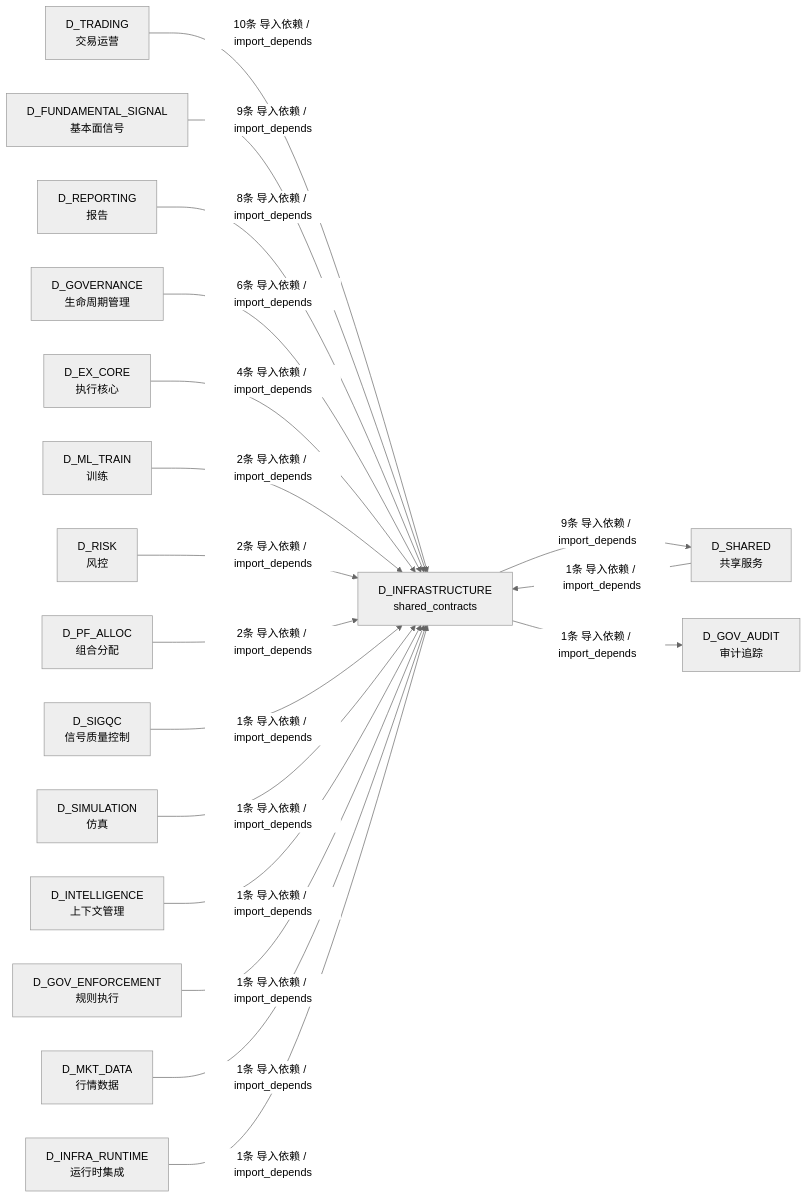
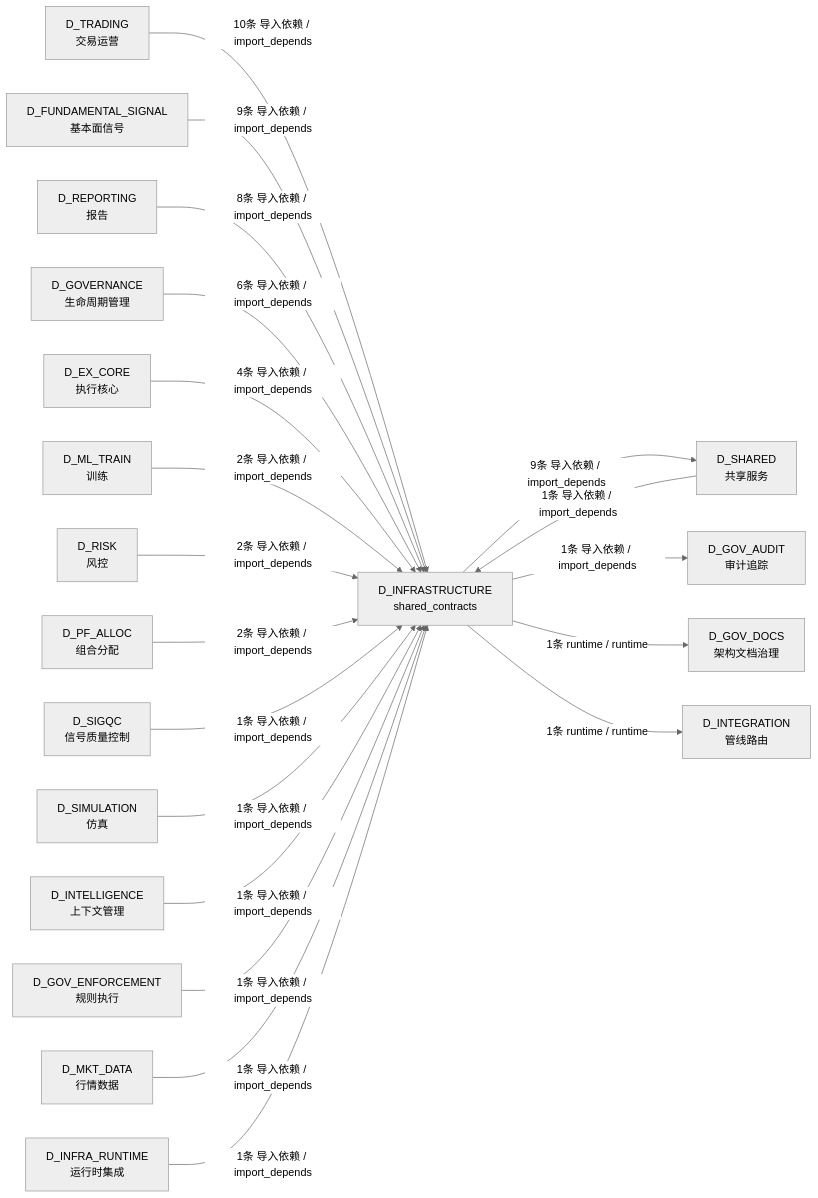
The fourth of 4 diagrams in docs/02_enterprise_architecture/02_domain_architecture_docs/62_d_infrastructure.md (xuanFelixVan/ZephyrAlpha), drawn with Mermaid (neutral theme) before and after one commit. The commit also changed other lines of this file and 80 other files, not shown here.

````diff
--- a/docs/02_enterprise_architecture/02_domain_architecture_docs/62_d_infrastructure.md
+++ b/docs/02_enterprise_architecture/02_domain_architecture_docs/62_d_infrastructure.md
@@ -361,37 +371,41 @@
 ```mermaid
 graph LR
     D_INFRASTRUCTURE["D_INFRASTRUCTURE<br/>shared_contracts"]
     D_SHARED["D_SHARED<br/>共享服务"]
     D_GOV_AUDIT["D_GOV_AUDIT<br/>审计追踪"]
+    D_GOV_DOCS["D_GOV_DOCS<br/>架构文档治理"]
+    D_INTEGRATION["D_INTEGRATION<br/>管线路由"]
     D_TRADING["D_TRADING<br/>交易运营"]
     D_FUNDAMENTAL_SIGNAL["D_FUNDAMENTAL_SIGNAL<br/>基本面信号"]
     D_REPORTING["D_REPORTING<br/>报告"]
     D_GOVERNANCE["D_GOVERNANCE<br/>生命周期管理"]
     D_EX_CORE["D_EX_CORE<br/>执行核心"]
     D_ML_TRAIN["D_ML_TRAIN<br/>训练"]
     D_RISK["D_RISK<br/>风控"]
     D_PF_ALLOC["D_PF_ALLOC<br/>组合分配"]
     D_SIGQC["D_SIGQC<br/>信号质量控制"]
     D_SIMULATION["D_SIMULATION<br/>仿真"]
     D_INTELLIGENCE["D_INTELLIGENCE<br/>上下文管理"]
     D_GOV_ENFORCEMENT["D_GOV_ENFORCEMENT<br/>规则执行"]
     D_MKT_DATA["D_MKT_DATA<br/>行情数据"]
     D_INFRA_RUNTIME["D_INFRA_RUNTIME<br/>运行时集成"]
     D_INFRASTRUCTURE -->|9条 导入依赖 / import_depends| D_SHARED
     D_INFRASTRUCTURE -->|1条 导入依赖 / import_depends| D_GOV_AUDIT
+    D_INFRASTRUCTURE -->|1条 runtime / runtime| D_GOV_DOCS
+    D_INFRASTRUCTURE -->|1条 runtime / runtime| D_INTEGRATION
     D_TRADING -->|10条 导入依赖 / import_depends| D_INFRASTRUCTURE
     D_FUNDAMENTAL_SIGNAL -->|9条 导入依赖 / import_depends| D_INFRASTRUCTURE
     D_REPORTING -->|8条 导入依赖 / import_depends| D_INFRASTRUCTURE
     D_GOVERNANCE -->|6条 导入依赖 / import_depends| D_INFRASTRUCTURE
     D_EX_CORE -->|4条 导入依赖 / import_depends| D_INFRASTRUCTURE
     D_ML_TRAIN -->|2条 导入依赖 / import_depends| D_INFRASTRUCTURE
     D_RISK -->|2条 导入依赖 / import_depends| D_INFRASTRUCTURE
     D_PF_ALLOC -->|2条 导入依赖 / import_depends| D_INFRASTRUCTURE
     D_SHARED -->|1条 导入依赖 / import_depends| D_INFRASTRUCTURE
     D_SIGQC -->|1条 导入依赖 / import_depends| D_INFRASTRUCTURE
     D_SIMULATION -->|1条 导入依赖 / import_depends| D_INFRASTRUCTURE
     D_INTELLIGENCE -->|1条 导入依赖 / import_depends| D_INFRASTRUCTURE
     D_GOV_ENFORCEMENT -->|1条 导入依赖 / import_depends| D_INFRASTRUCTURE
     D_MKT_DATA -->|1条 导入依赖 / import_depends| D_INFRASTRUCTURE
     D_INFRA_RUNTIME -->|1条 导入依赖 / import_depends| D_INFRASTRUCTURE
 ```
````
